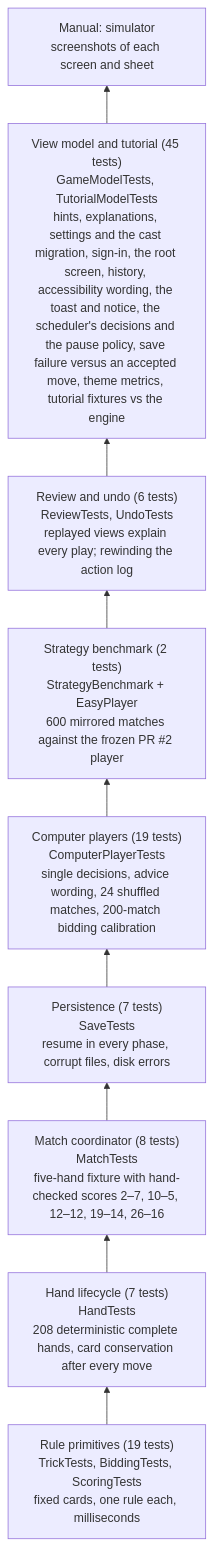
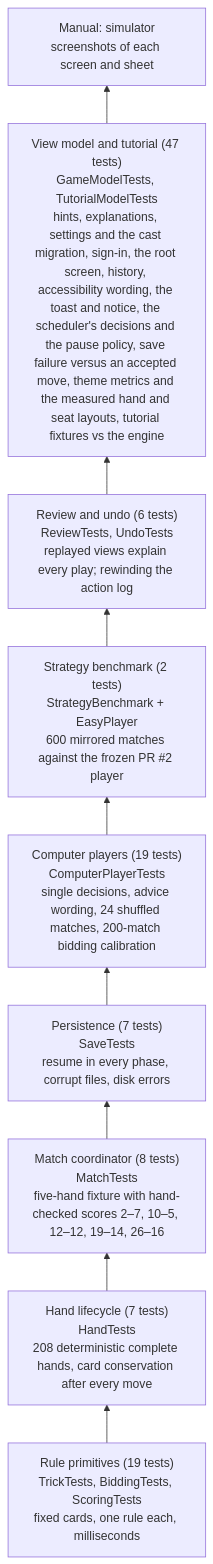
The first of 2 diagrams in docs/testing.md (cmurphy1140/catch-5), drawn with Mermaid before and after one commit. The commit also changed other lines of this file and 8 other files, not shown here.

First line of the commit message:
Measured hand and seat layouts with a two-row fallback (#25)

````diff
--- a/docs/testing.md
+++ b/docs/testing.md
@@ -40,13 +40,13 @@
 ```mermaid
 flowchart BT
     L1["Rule primitives (19 tests)<br/>TrickTests, BiddingTests, ScoringTests<br/>fixed cards, one rule each, milliseconds"]
     L2["Hand lifecycle (7 tests)<br/>HandTests<br/>208 deterministic complete hands, card conservation after every move"]
     L3["Match coordinator (8 tests)<br/>MatchTests<br/>five-hand fixture with hand-checked scores 2–7, 10–5, 12–12, 19–14, 26–16"]
     L4["Persistence (7 tests)<br/>SaveTests<br/>resume in every phase, corrupt files, disk errors"]
     L5["Computer players (19 tests)<br/>ComputerPlayerTests<br/>single decisions, advice wording, 24 shuffled matches, 200-match bidding calibration"]
     L5b["Strategy benchmark (2 tests)<br/>StrategyBenchmark + EasyPlayer<br/>600 mirrored matches against the frozen PR #2 player"]
     L5c["Review and undo (6 tests)<br/>ReviewTests, UndoTests<br/>replayed views explain every play; rewinding the action log"]
-    L6["View model and tutorial (45 tests)<br/>GameModelTests, TutorialModelTests<br/>hints, explanations, settings and the cast migration, sign-in, the root screen, history, accessibility wording, the toast and notice, the scheduler's decisions and the pause policy, save failure versus an accepted move, theme metrics, tutorial fixtures vs the engine"]
+    L6["View model and tutorial (47 tests)<br/>GameModelTests, TutorialModelTests<br/>hints, explanations, settings and the cast migration, sign-in, the root screen, history, accessibility wording, the toast and notice, the scheduler's decisions and the pause policy, save failure versus an accepted move, theme metrics and the measured hand and seat layouts, tutorial fixtures vs the engine"]
     L7["Manual: simulator<br/>screenshots of each screen and sheet"]
     L1 --> L2 --> L3 --> L4 --> L5 --> L5b --> L5c --> L6 --> L7
 ```
````
